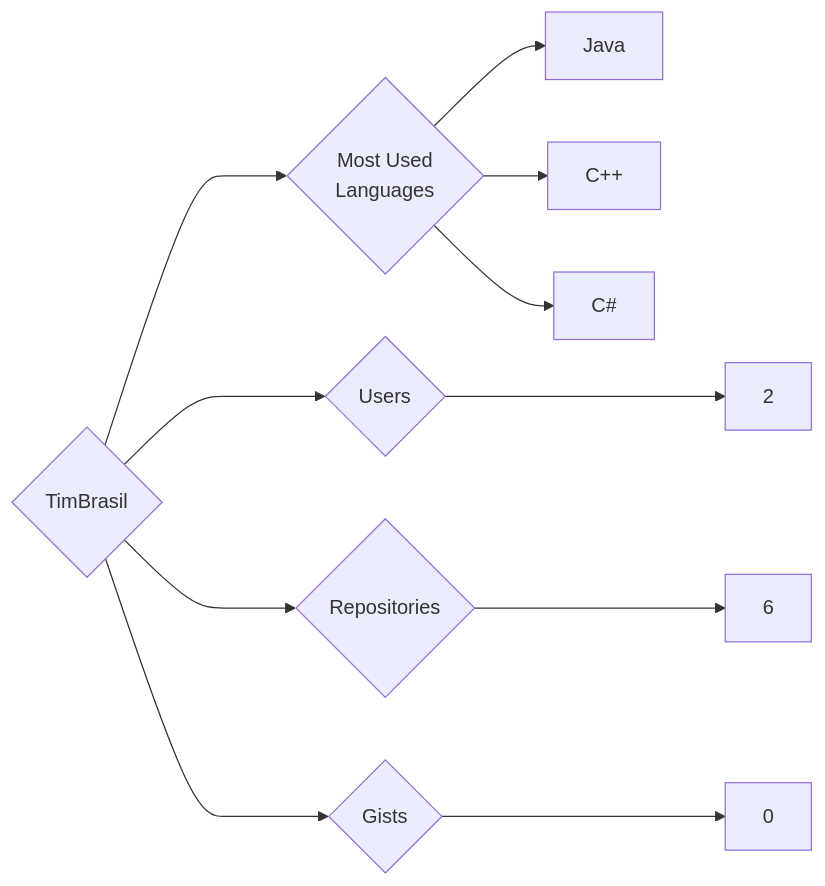
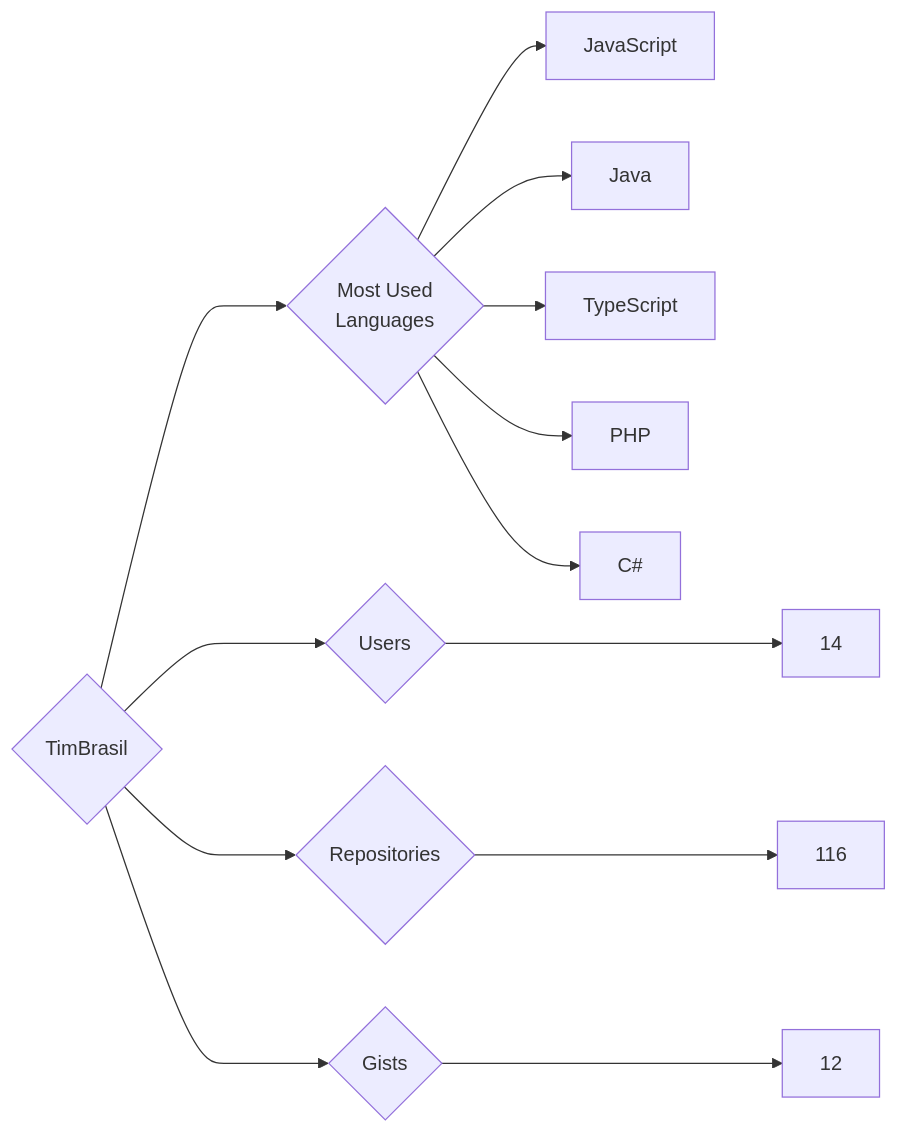
The diagram in targets/TimBrasil/README.md (trickest/insiders), drawn with Mermaid before and after one commit. The commit also changed 1696 other files, not shown here.

````diff
--- a/targets/TimBrasil/README.md
+++ b/targets/TimBrasil/README.md
@@ -3,11 +3,13 @@
 ```mermaid
 graph LR
 COMPANY_NAME{TimBrasil}
-COMPANY_NAME ---> U{Users} ---> UN[2]
-COMPANY_NAME ---> R{Repositories} ---> RN[6]
-COMPANY_NAME ---> G{Gists} ---> GN[0]
+COMPANY_NAME ---> U{Users} ---> UN[14]
+COMPANY_NAME ---> R{Repositories} ---> RN[116]
+COMPANY_NAME ---> G{Gists} ---> GN[12]
 COMPANY_NAME ---> ML{Most Used<br>Languages}
+ML --> JavaScript[JavaScript]
 ML --> Java[Java]
-ML --> C++[C++]
+ML --> TypeScript[TypeScript]
+ML --> PHP[PHP]
 ML --> C#[C#]
 ```
````
